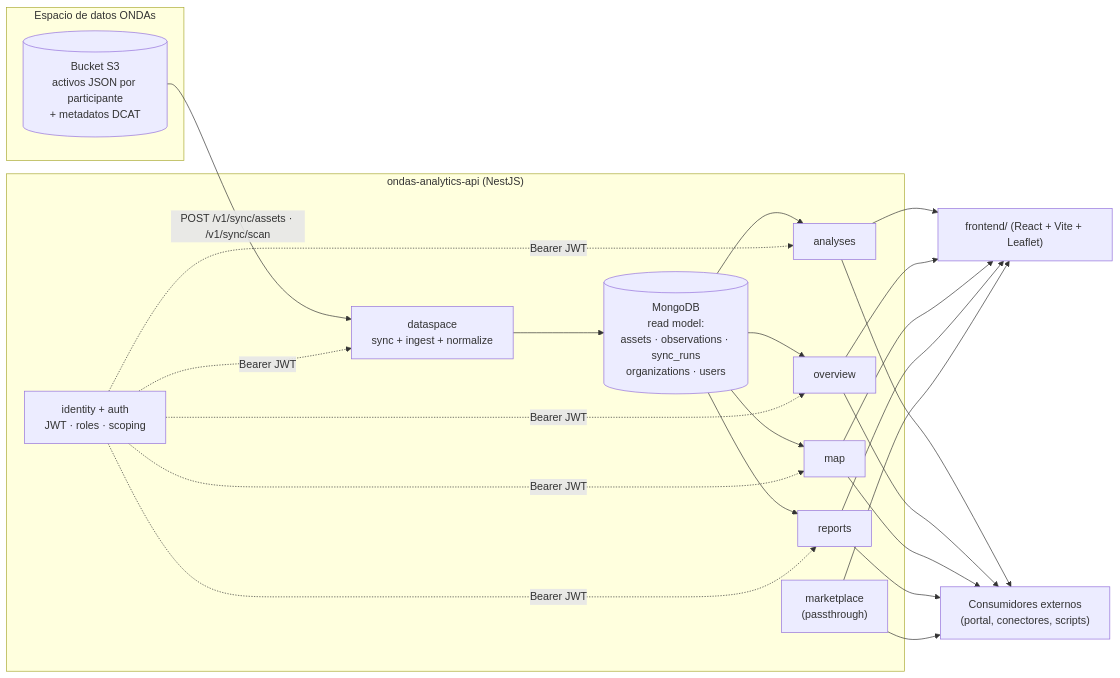
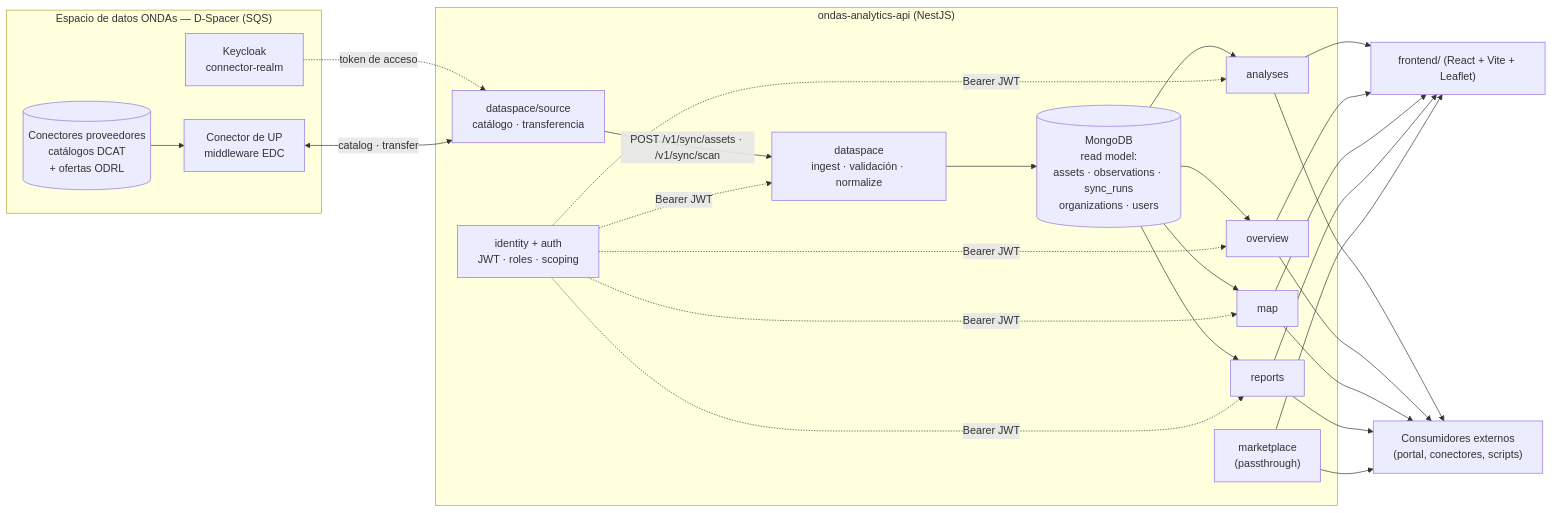
Before and after one commit to UniversalPlastic-io/ondas_analytics_api: the diagram in README.md, drawn with Mermaid. The commit also changed other lines of this file and 8 other files, not shown here.

````diff
--- a/README.md
+++ b/README.md
@@ -45,27 +46,33 @@
 ```mermaid
 flowchart LR
-  subgraph DS["Espacio de datos ONDAs"]
-    S3[("Bucket S3<br/>activos JSON por participante<br/>+ metadatos DCAT")]
+  subgraph DS["Espacio de datos ONDAs — D-Spacer (SQS)"]
+    KC["Keycloak<br/>connector-realm"]
+    MW["Conector de UP<br/>middleware EDC"]
+    PROV[("Conectores proveedores<br/>catálogos DCAT<br/>+ ofertas ODRL")]
   end
 
   subgraph API["ondas-analytics-api (NestJS)"]
-    SYNC["dataspace<br/>sync + ingest + normalize"]
+    SRC["dataspace/source<br/>catálogo · transferencia"]
+    SYNC["dataspace<br/>ingest · validación · normalize"]
     MONGO[("MongoDB<br/>read model:<br/>assets · observations · sync_runs<br/>organizations · users")]
     IDENT["identity + auth<br/>JWT · roles · scoping"]
     ANA["analyses"]
     OVW["overview"]
     MAP["map"]
     REP["reports"]
     MKT["marketplace<br/>(passthrough)"]
   end
 
   SPA["frontend/ (React + Vite + Leaflet)"]
   EXT["Consumidores externos<br/>(portal, conectores, scripts)"]
 
-  S3 -->|"POST /v1/sync/assets · /v1/sync/scan"| SYNC
+  KC -.->|"token de acceso"| SRC
+  PROV --> MW
+  MW <-->|"catalog · transfer"| SRC
+  SRC -->|"POST /v1/sync/assets · /v1/sync/scan"| SYNC
   SYNC --> MONGO
   MONGO --> ANA & OVW & MAP & REP
   IDENT -.->|"Bearer JWT"| ANA & OVW & MAP & REP & SYNC
   ANA & OVW & MAP & REP & MKT --> SPA
   ANA & OVW & MAP & REP & MKT --> EXT
 ```
````
